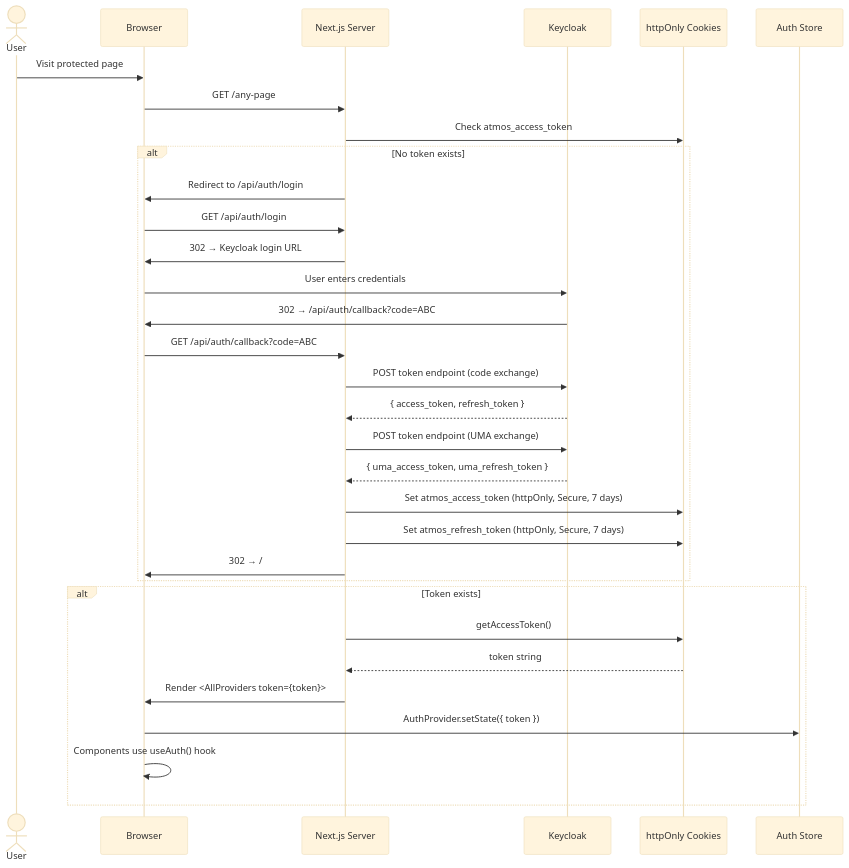
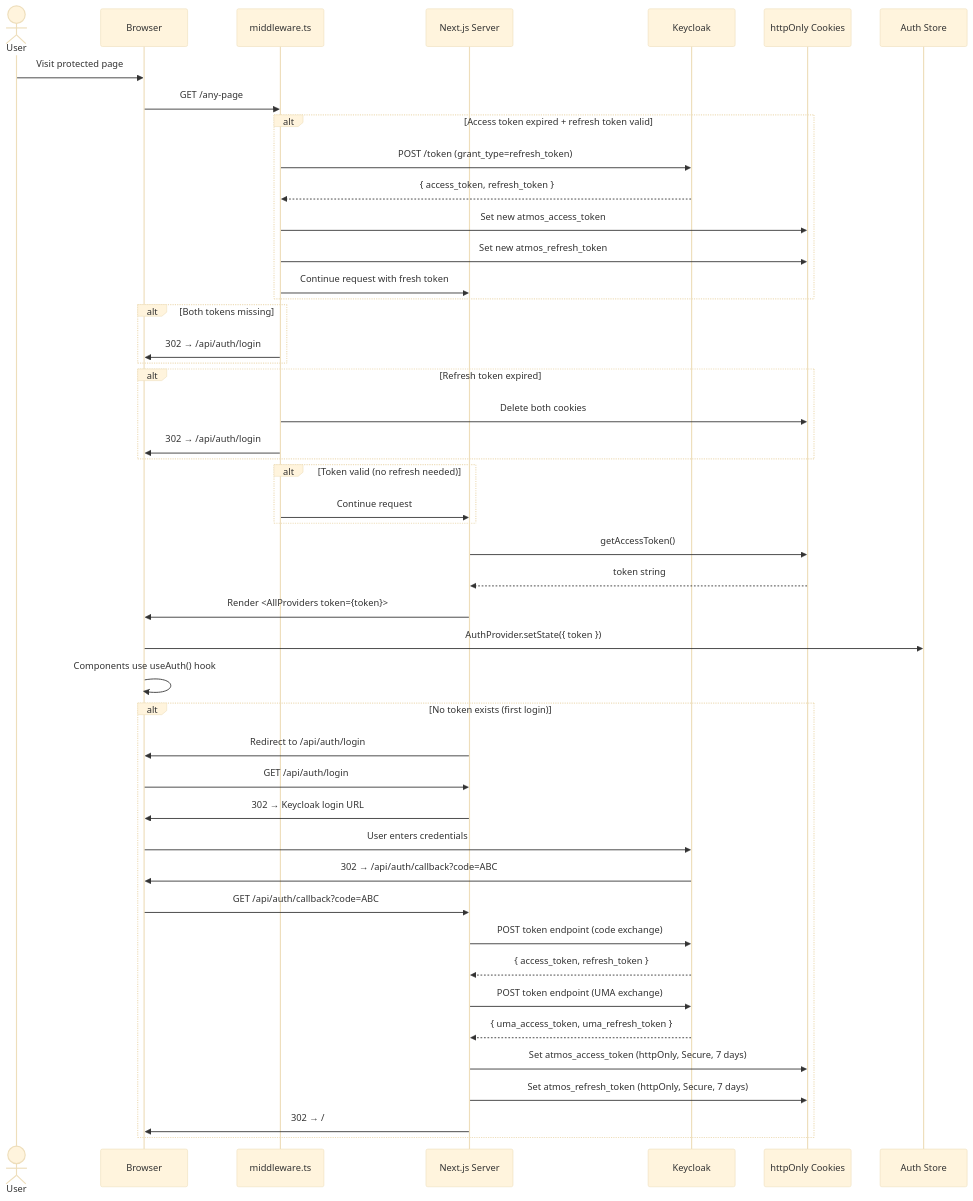
One commit to flyingheart1997/antaris-demo changed the diagram in docs/features/authentication.md. Above: the diagram before and after it, drawn with Mermaid (base theme). The commit also changed other lines of this file and 57 other files, not shown here.

Commit message:
improve project architecture

````diff
--- a/docs/features/authentication.md
+++ b/docs/features/authentication.md
@@ -10,37 +10,56 @@
 ```mermaid
 sequenceDiagram
     actor User
     participant Browser
+    participant Middleware as middleware.ts
     participant NextJS as Next.js Server
     participant KC as Keycloak
     participant Cookie as httpOnly Cookies
     participant Zustand as Auth Store
 
     User->>Browser: Visit protected page
-    Browser->>NextJS: GET /any-page
-    NextJS->>Cookie: Check atmos_access_token
-    
-    alt No token exists
+    Browser->>Middleware: GET /any-page
+
+    alt Access token expired + refresh token valid
+        Middleware->>KC: POST /token (grant_type=refresh_token)
+        KC-->>Middleware: { access_token, refresh_token }
+        Middleware->>Cookie: Set new atmos_access_token
+        Middleware->>Cookie: Set new atmos_refresh_token
+        Middleware->>NextJS: Continue request with fresh token
+    end
+
+    alt Both tokens missing
+        Middleware->>Browser: 302 → /api/auth/login
+    end
+
+    alt Refresh token expired
+        Middleware->>Cookie: Delete both cookies
+        Middleware->>Browser: 302 → /api/auth/login
+    end
+
+    alt Token valid (no refresh needed)
+        Middleware->>NextJS: Continue request
+    end
+
+    NextJS->>Cookie: getAccessToken()
+    Cookie-->>NextJS: token string
+    NextJS->>Browser: Render <AllProviders token={token}>
+    Browser->>Zustand: AuthProvider.setState({ token })
+    Browser->>Browser: Components use useAuth() hook
+
+    alt No token exists (first login)
         NextJS->>Browser: Redirect to /api/auth/login
         Browser->>NextJS: GET /api/auth/login
         NextJS->>Browser: 302 → Keycloak login URL
         Browser->>KC: User enters credentials
         KC->>Browser: 302 → /api/auth/callback?code=ABC
         Browser->>NextJS: GET /api/auth/callback?code=ABC
         NextJS->>KC: POST token endpoint (code exchange)
         KC-->>NextJS: { access_token, refresh_token }
         NextJS->>KC: POST token endpoint (UMA exchange)
         KC-->>NextJS: { uma_access_token, uma_refresh_token }
         NextJS->>Cookie: Set atmos_access_token (httpOnly, Secure, 7 days)
         NextJS->>Cookie: Set atmos_refresh_token (httpOnly, Secure, 7 days)
         NextJS->>Browser: 302 → /
     end
-
-    alt Token exists
-        NextJS->>Cookie: getAccessToken()
-        Cookie-->>NextJS: token string
-        NextJS->>Browser: Render <AllProviders token={token}>
-        Browser->>Zustand: AuthProvider.setState({ token })
-        Browser->>Browser: Components use useAuth() hook
-    end
 ```
````
